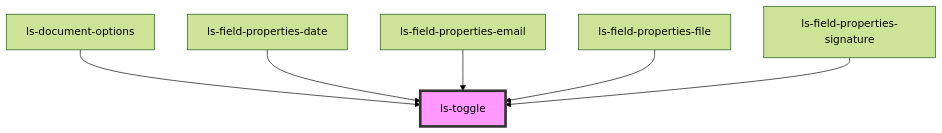
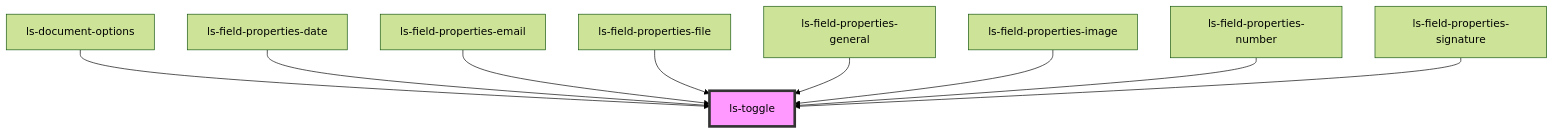
The diagram in src/components/ls-toggle/readme.md (legalesign/ls-document-viewer), drawn with Mermaid (forest theme) before and after one commit. The commit also changed other lines of this file and 15 other files, not shown here.

````diff
--- a/src/components/ls-toggle/readme.md
+++ b/src/components/ls-toggle/readme.md
@@ -19,9 +22,12 @@
 ```mermaid
 graph TD;
   ls-document-options --> ls-toggle
   ls-field-properties-date --> ls-toggle
   ls-field-properties-email --> ls-toggle
   ls-field-properties-file --> ls-toggle
+  ls-field-properties-general --> ls-toggle
+  ls-field-properties-image --> ls-toggle
+  ls-field-properties-number --> ls-toggle
   ls-field-properties-signature --> ls-toggle
   style ls-toggle fill:#f9f,stroke:#333,stroke-width:4px
 ```
````
